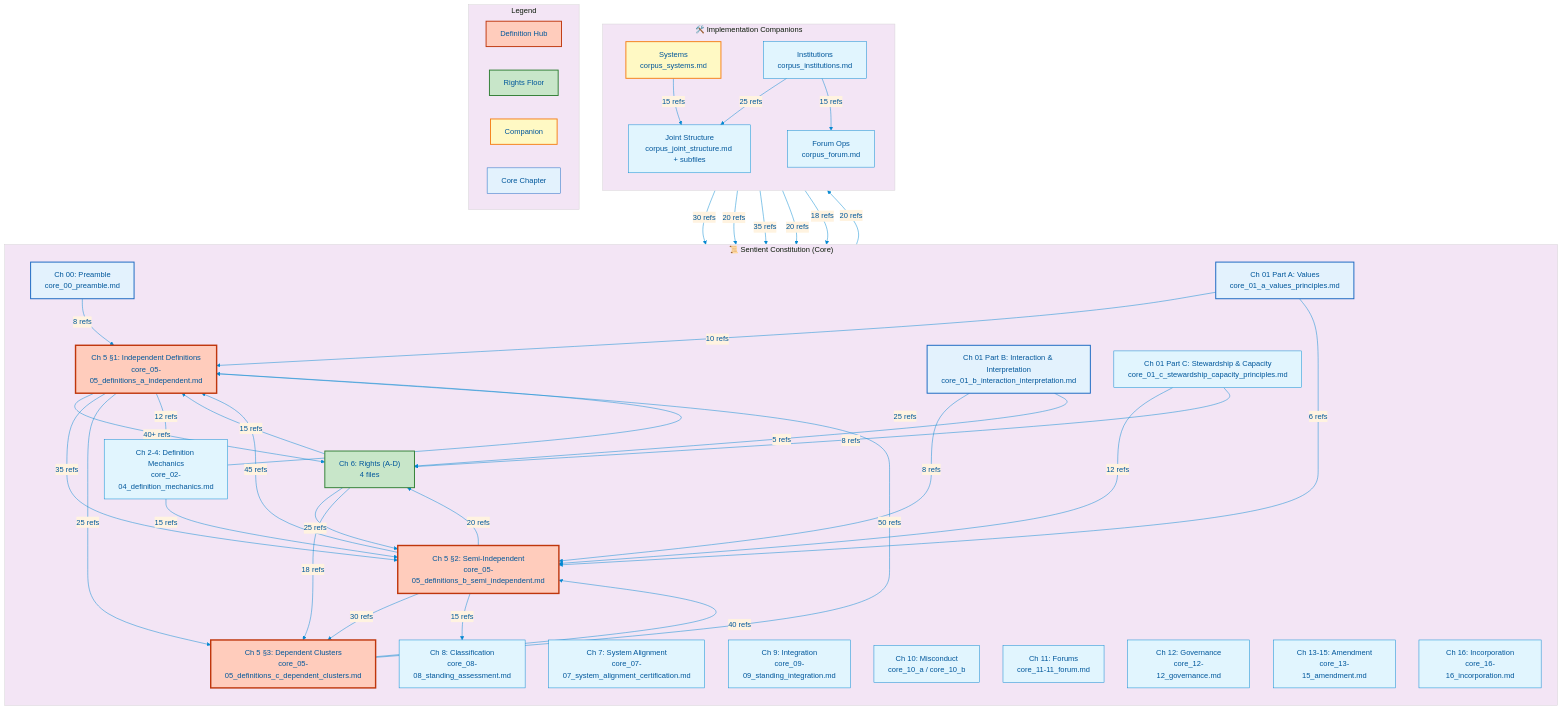
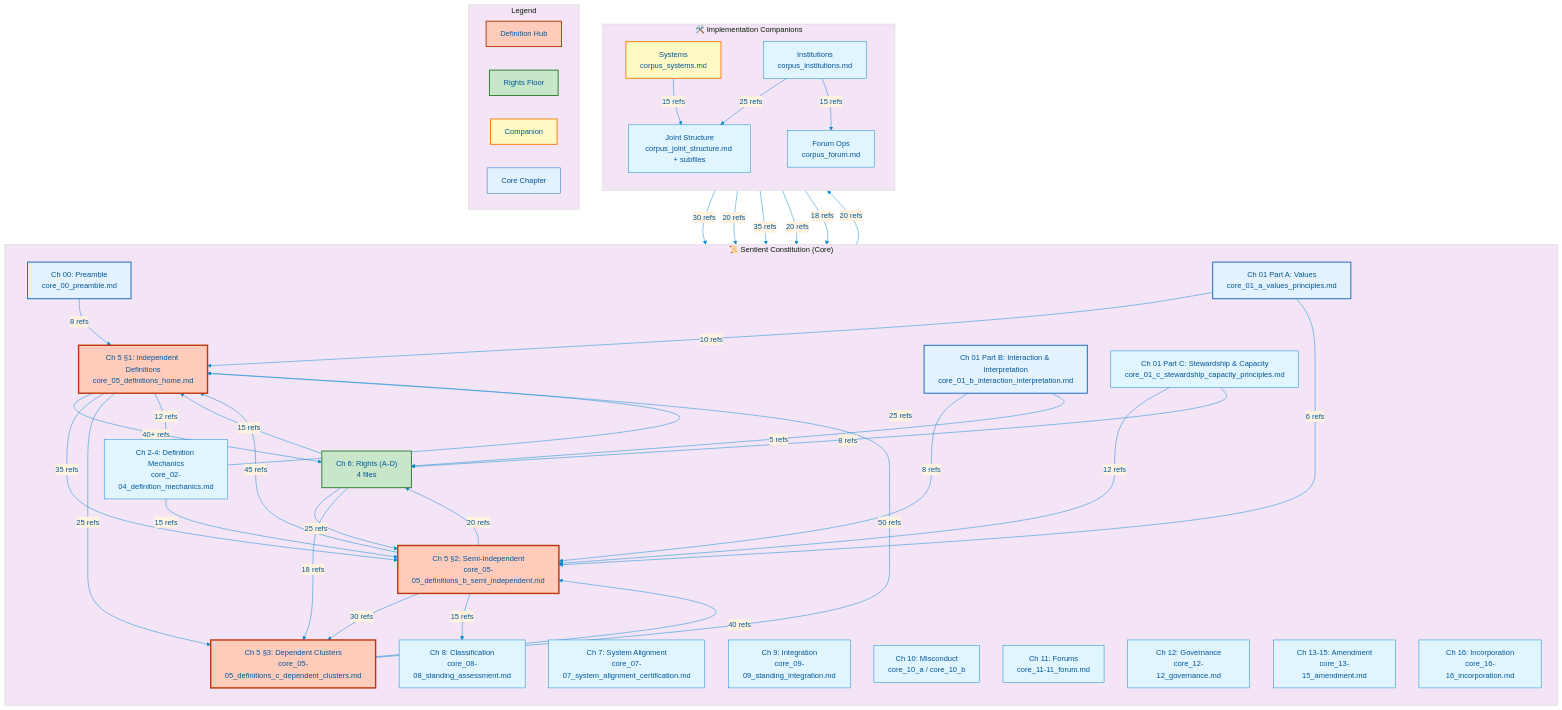
One commit to kfoelsch/Sentient_Constitution changed the diagram in ai_corpus/visualization/dependency_map.mmd. Above: the diagram before and after it, drawn with Mermaid. The commit also changed 127 other files, not shown here.

First line of the commit message:
Give Timeliness its own Chapter Five apex and plain-language M lines.

```diff
--- a/ai_corpus/visualization/dependency_map.mmd
+++ b/ai_corpus/visualization/dependency_map.mmd
@@ -1,99 +1,99 @@
 %%{init: {'theme': 'base', 'themeVariables': { 'primaryColor': '#e1f5fe', 'primaryTextColor': '#01579b', 'primaryBorderColor': '#0288d1', 'lineColor': '#0288d1', 'secondaryColor': '#fff3e0', 'tertiaryColor': '#f3e5f5'}}}%%
 graph TB
     subgraph CoreConstitution["📜 Sentient Constitution (Core)"]
         direction TB
         Ch00["Ch 00: Preamble<br/>core_00_preamble.md"]
         Ch01A["Ch 01 Part A: Values<br/>core_01_a_values_principles.md"]
         Ch01B["Ch 01 Part B: Interaction & Interpretation<br/>core_01_b_interaction_interpretation.md"]
         Ch01C["Ch 01 Part C: Stewardship & Capacity<br/>core_01_c_stewardship_capacity_principles.md"]
         Ch02["Ch 2-4: Definition Mechanics<br/>core_02-04_definition_mechanics.md"]
-        Ch05A["Ch 5 §1: Independent Definitions<br/>core_05-05_definitions_a_independent.md"]
+        Ch05A["Ch 5 §1: Independent Definitions<br/>core_05_definitions_home.md"]
         Ch05B["Ch 5 §2: Semi-Independent<br/>core_05-05_definitions_b_semi_independent.md"]
         Ch05C["Ch 5 §3: Dependent Clusters<br/>core_05-05_definitions_c_dependent_clusters.md"]
         Ch06["Ch 6: Rights (A-D)<br/>4 files"]
         Ch07["Ch 7: System Alignment<br/>core_07-07_system_alignment_certification.md"]
         Ch08["Ch 8: Classification<br/>core_08-08_standing_assessment.md"]
         Ch09["Ch 9: Integration<br/>core_09-09_standing_integration.md"]
         Ch10["Ch 10: Misconduct<br/>core_10_a / core_10_b"]
         Ch11["Ch 11: Forums<br/>core_11-11_forum.md"]
         Ch12["Ch 12: Governance<br/>core_12-12_governance.md"]
         Ch1315["Ch 13-15: Amendment<br/>core_13-15_amendment.md"]
         Ch16["Ch 16: Incorporation<br/>core_16-16_incorporation.md"]
     end
 
     subgraph Companions["🛠️ Implementation Companions"]
         direction TB
         CS["Systems<br/>corpus_systems.md"]
         CI["Institutions<br/>corpus_institutions.md"]
         CF["Forum Ops<br/>corpus_forum.md"]
         CJS["Joint Structure<br/>corpus_joint_structure.md + subfiles"]
     end
 
     %% Cross-references: Chapter 5 definitions are the hub
     Ch05A -->|"40+ refs"| Ch06
     Ch05A -->|"35 refs"| Ch05B
     Ch05A -->|"25 refs"| Ch05C
     Ch05A -->|"20 refs"| CS
     Ch05A -->|"12 refs"| Ch02
 
     Ch05B -->|"45 refs"| Ch05A
     Ch05B -->|"30 refs"| Ch05C
     Ch05B -->|"20 refs"| Ch06
     Ch05B -->|"15 refs"| Ch08
 
     Ch05C -->|"50 refs"| Ch05A
     Ch05C -->|"40 refs"| Ch05B
 
     %% Rights reference definitions heavily
     Ch06 -->|"15 refs"| Ch05A
     Ch06 -->|"25 refs"| Ch05B
     Ch06 -->|"18 refs"| Ch05C
 
     %% Systems companion is well-connected
     CS -->|"30 refs"| Ch05A
     CS -->|"20 refs"| Ch05B
     CS -->|"35 refs"| Ch06
     CS -->|"15 refs"| CJS
 
     %% Institutions companion connects
     CI -->|"20 refs"| Ch05B
     CI -->|"18 refs"| Ch06
     CI -->|"25 refs"| CJS
     CI -->|"15 refs"| CF
 
     %% Principles chapter spreads downstream
     Ch00 -->|"8 refs"| Ch05A
     Ch01A -->|"10 refs"| Ch05A
     Ch01A -->|"6 refs"| Ch05B
     Ch01B -->|"8 refs"| Ch05B
     Ch01B -->|"5 refs"| Ch06
     Ch01C -->|"12 refs"| Ch05B
     Ch01C -->|"8 refs"| Ch06
 
     %% Definition mechanics underpin everything
     Ch02 -->|"25 refs"| Ch05A
     Ch02 -->|"15 refs"| Ch05B
 
     %% Visual styling
     style Ch05A fill:#ffccbc,stroke:#bf360c,stroke-width:3px
     style Ch05B fill:#ffccbc,stroke:#bf360c,stroke-width:3px
     style Ch05C fill:#ffccbc,stroke:#bf360c,stroke-width:3px
     style Ch06 fill:#c8e6c9,stroke:#2e7d32,stroke-width:2px
     style CS fill:#fff9c4,stroke:#f57f17,stroke-width:2px
     style Ch00 fill:#e3f2fd,stroke:#1565c0,stroke-width:2px
     style Ch01A fill:#e3f2fd,stroke:#1565c0,stroke-width:2px
     style Ch01B fill:#e3f2fd,stroke:#1565c0,stroke-width:2px
 
     %% Legend
     subgraph Legend["Legend"]
         direction LR
         L1["Definition Hub"]:::hub
         L2["Rights Floor"]:::rights
         L3["Companion"]:::companion
         L4["Core Chapter"]:::core
     end
 
     classDef hub fill:#ffccbc,stroke:#bf360c,stroke-width:2px
     classDef rights fill:#c8e6c9,stroke:#2e7d32,stroke-width:2px
     classDef companion fill:#fff9c4,stroke:#f57f17,stroke-width:2px
     classDef core fill:#e3f2fd,stroke:#1565c0,stroke-width:1px
```
